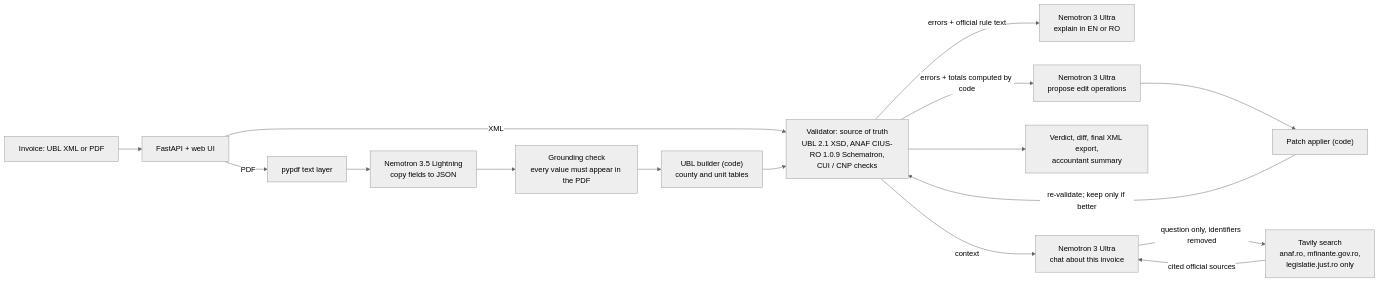
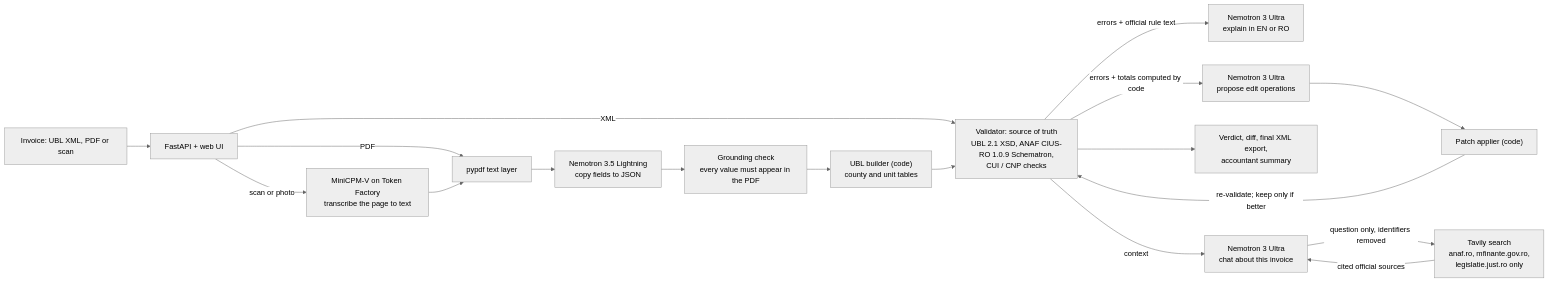
The diagram in README.md (agbozo1/FacturaGuard), drawn with Mermaid (neutral theme) before and after one commit. The commit also changed other lines of this file and 34 other files, not shown here.

First line of the commit message:
Read scanned invoices: vision transcription on Token Factory, misread flags

````diff
--- a/README.md
+++ b/README.md
@@ -44,18 +46,20 @@
 ```mermaid
 flowchart LR
-    U["Invoice: UBL XML or PDF"] --> API["FastAPI + web UI"]
+    U["Invoice: UBL XML, PDF or scan"] --> API["FastAPI + web UI"]
     API -- PDF --> TXT["pypdf text layer"]
+    API -- "scan or photo" --> VIS["MiniCPM-V on Token Factory<br/>transcribe the page to text"]
+    VIS --> TXT
     TXT --> EX["Nemotron 3.5 Lightning<br/>copy fields to JSON"]
     EX --> GR["Grounding check<br/>every value must appear in the PDF"]
     GR --> BLD["UBL builder (code)<br/>county and unit tables"]
     API -- XML --> VAL
     BLD --> VAL["Validator: source of truth<br/>UBL 2.1 XSD, ANAF CIUS-RO 1.0.9 Schematron,<br/>CUI / CNP checks"]
     VAL -- "errors + official rule text" --> EXP["Nemotron 3 Ultra<br/>explain in EN or RO"]
     VAL -- "errors + totals computed by code" --> REP["Nemotron 3 Ultra<br/>propose edit operations"]
     REP --> PATCH["Patch applier (code)"]
     PATCH -- "re-validate; keep only if better" --> VAL
     VAL --> OUT["Verdict, diff, final XML export,<br/>accountant summary"]
     VAL -- "context" --> CHAT["Nemotron 3 Ultra<br/>chat about this invoice"]
     CHAT -- "question only, identifiers removed" --> TAV["Tavily search<br/>anaf.ro, mfinante.gov.ro,<br/>legislatie.just.ro only"]
     TAV -- "cited official sources" --> CHAT
 ```
````
